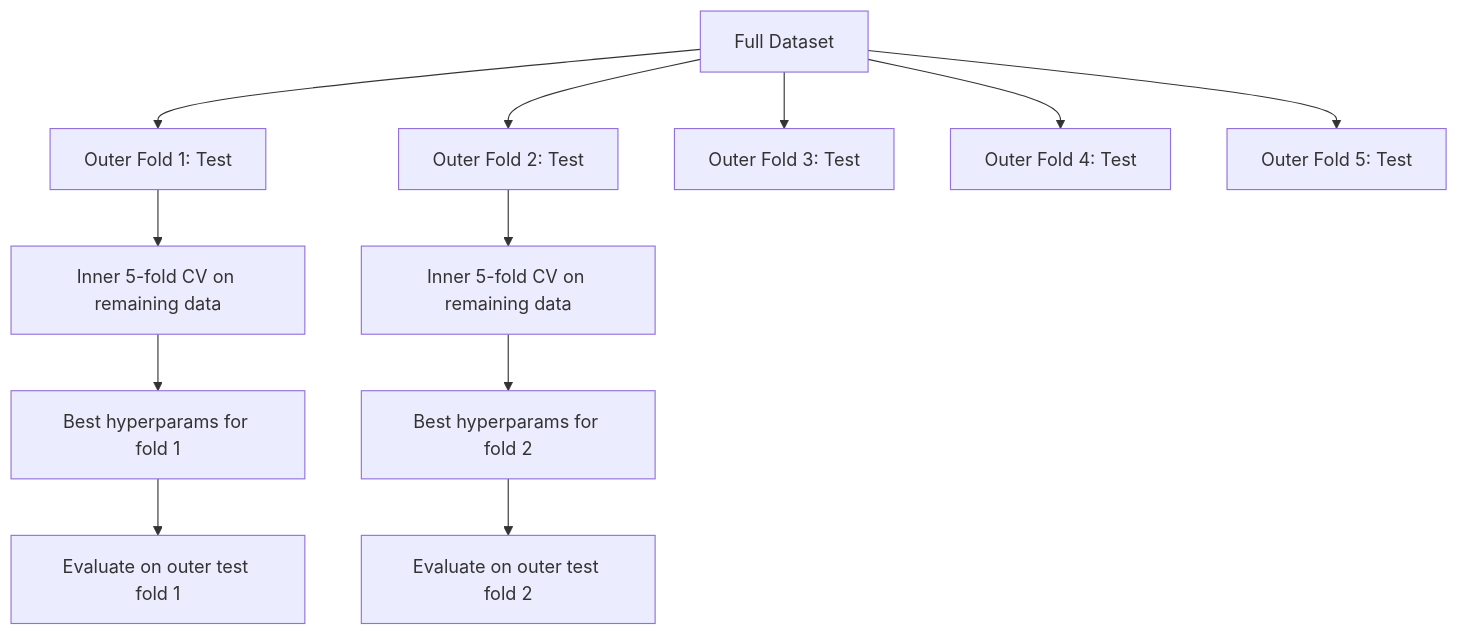
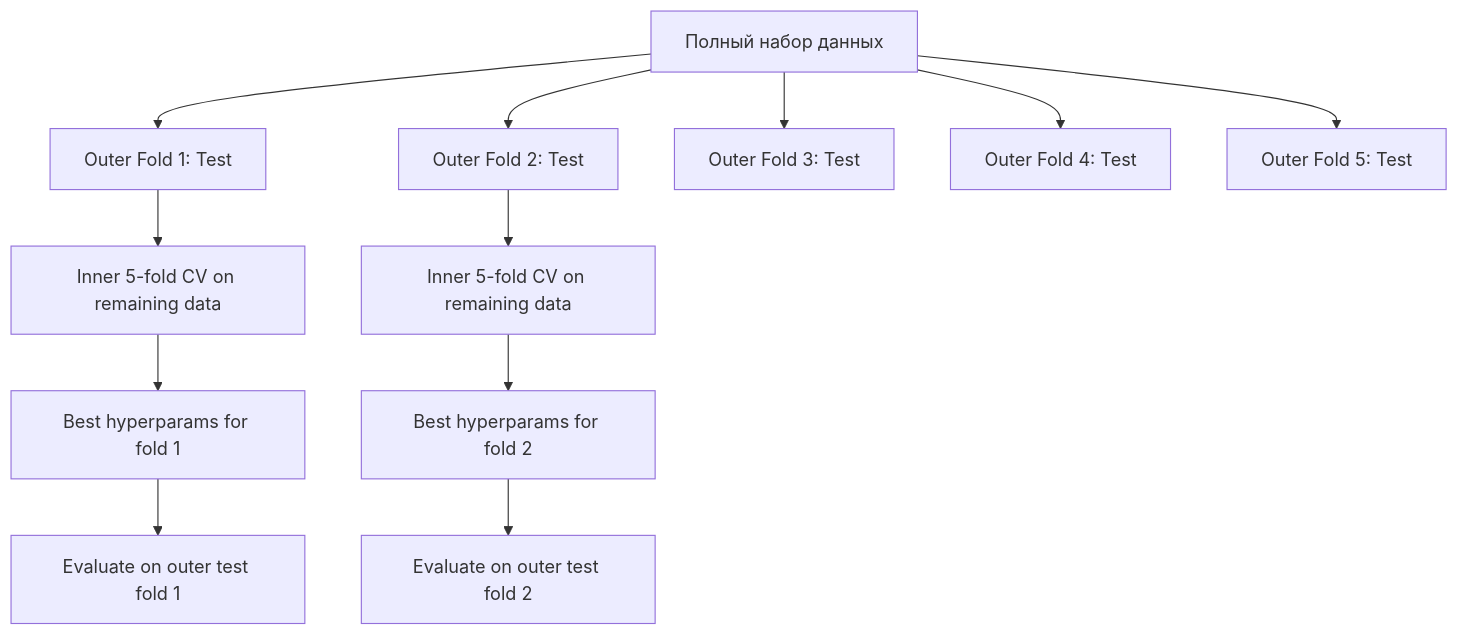
The fourth of 4 diagrams in phases/02-ml-fundamentals/12-hyperparameter-tuning/docs/ru.md (stabuev/ai-engineering-from-scratch), drawn with Mermaid before and after one commit. The commit also changed other lines of this file and 22 other files, not shown here.

````diff
--- a/phases/02-ml-fundamentals/12-hyperparameter-tuning/docs/ru.md
+++ b/phases/02-ml-fundamentals/12-hyperparameter-tuning/docs/ru.md
@@ -180,16 +180,16 @@
 ```mermaid
 flowchart TD
-    D[Full Dataset] --> O1[Outer Fold 1: Test]
+    D[Полный набор данных] --> O1[Outer Fold 1: Test]
     D --> O2[Outer Fold 2: Test]
     D --> O3[Outer Fold 3: Test]
     D --> O4[Outer Fold 4: Test]
     D --> O5[Outer Fold 5: Test]
 
     O1 --> I1[Inner 5-fold CV on remaining data]
     I1 --> T1[Best hyperparams for fold 1]
     T1 --> E1[Evaluate on outer test fold 1]
 
     O2 --> I2[Inner 5-fold CV on remaining data]
     I2 --> T2[Best hyperparams for fold 2]
     T2 --> E2[Evaluate on outer test fold 2]
 ```
````
